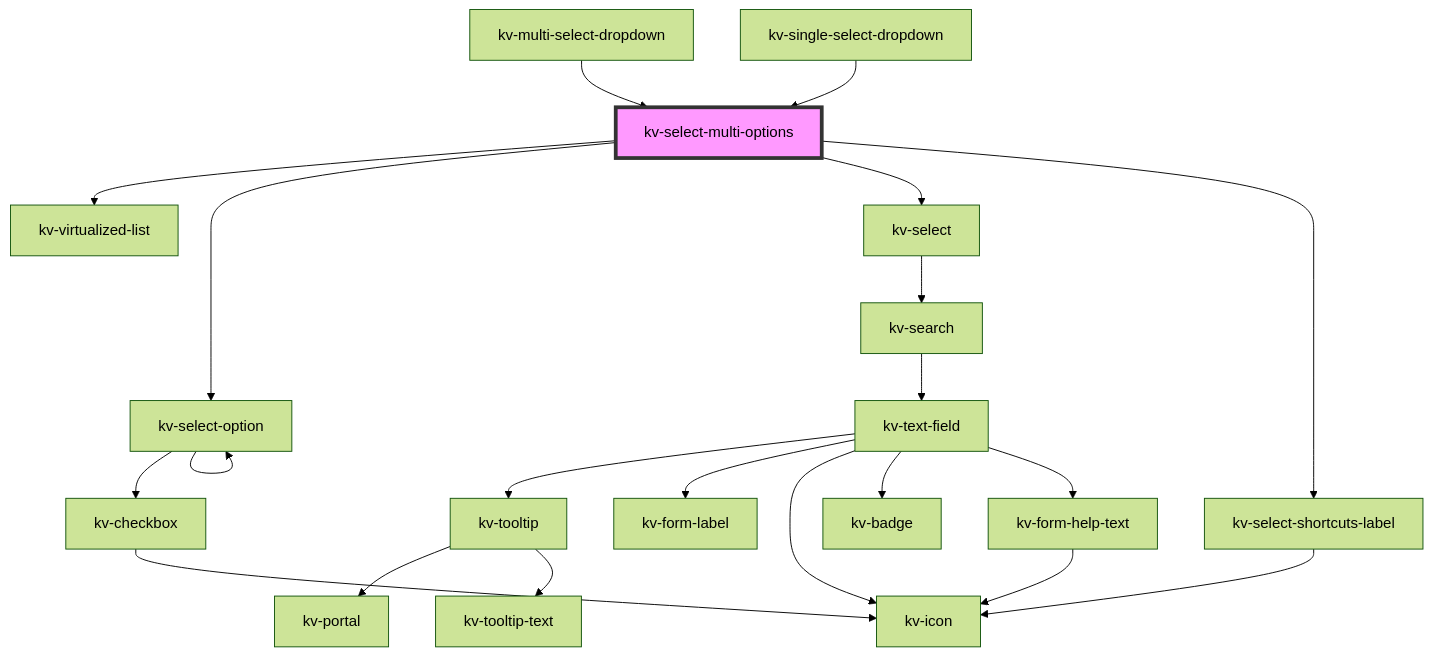
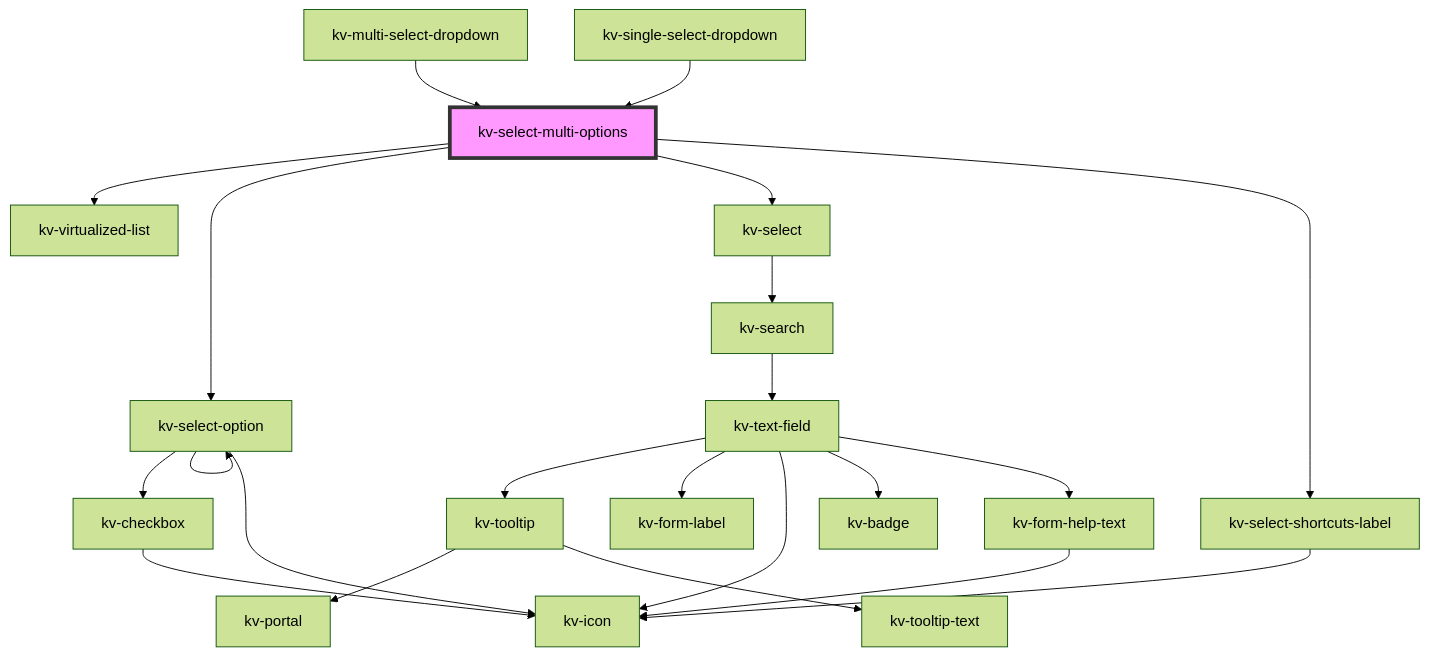
Before and after one commit to kelvininc/ui-components: the diagram in packages/ui-components/src/components/select-multi-options/readme.md, drawn with Mermaid (forest theme). The commit also changed 25 other files, not shown here.

Commit message:
feat(select-option): add custom style prop to enable option custom styling

````diff
--- a/packages/ui-components/src/components/select-multi-options/readme.md
+++ b/packages/ui-components/src/components/select-multi-options/readme.md
@@ -87,24 +87,25 @@
 ```mermaid
 graph TD;
   kv-select-multi-options --> kv-virtualized-list
   kv-select-multi-options --> kv-select-option
   kv-select-multi-options --> kv-select
   kv-select-multi-options --> kv-select-shortcuts-label
   kv-select-option --> kv-checkbox
+  kv-select-option --> kv-icon
   kv-select-option --> kv-select-option
   kv-checkbox --> kv-icon
   kv-select --> kv-search
   kv-search --> kv-text-field
   kv-text-field --> kv-tooltip
   kv-text-field --> kv-form-label
   kv-text-field --> kv-icon
   kv-text-field --> kv-badge
   kv-text-field --> kv-form-help-text
   kv-tooltip --> kv-portal
   kv-tooltip --> kv-tooltip-text
   kv-form-help-text --> kv-icon
   kv-select-shortcuts-label --> kv-icon
   kv-multi-select-dropdown --> kv-select-multi-options
   kv-single-select-dropdown --> kv-select-multi-options
   style kv-select-multi-options fill:#f9f,stroke:#333,stroke-width:4px
 ```
````
